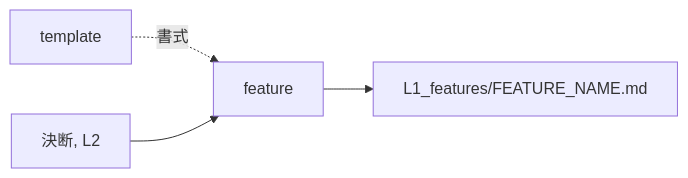
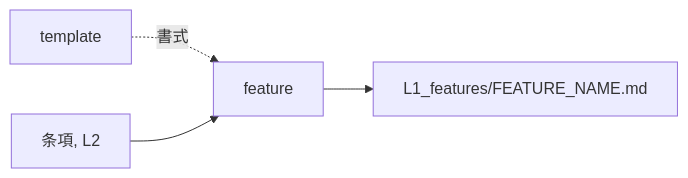
One commit to gameundwatch/archivist changed the diagram in docs/archivist/L2_designs/feature.md. Above: the diagram before and after it, drawn with Mermaid. The commit also changed other lines of this file and 71 other files, not shown here.

````diff
--- a/docs/archivist/L2_designs/feature.md
+++ b/docs/archivist/L2_designs/feature.md
@@ -12,5 +12,5 @@
 ```mermaid
 flowchart LR
     TP["template"] -.書式.-> S["feature"]
-    IN["決断, L2"] --> S --> OUT["L1_features/FEATURE_NAME.md"]
+    IN["条項, L2"] --> S --> OUT["L1_features/FEATURE_NAME.md"]
 ```
````
